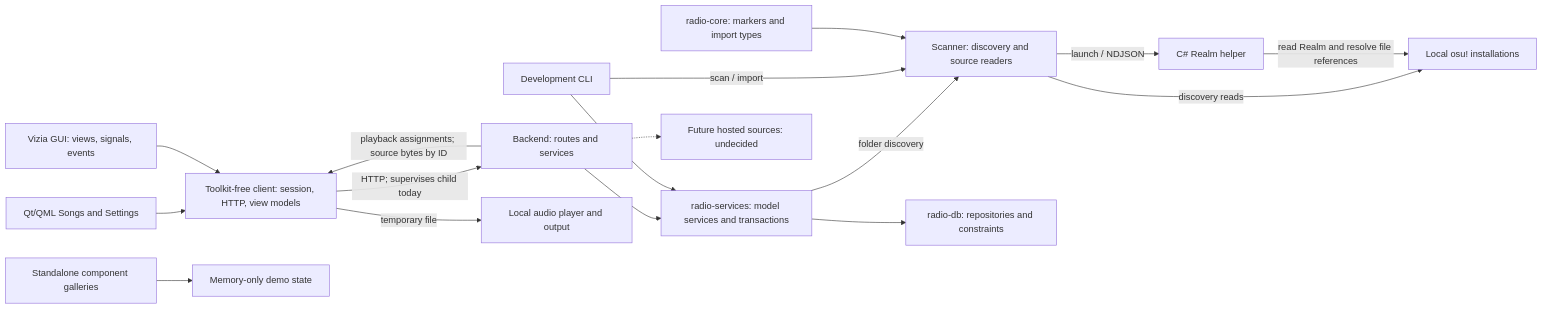
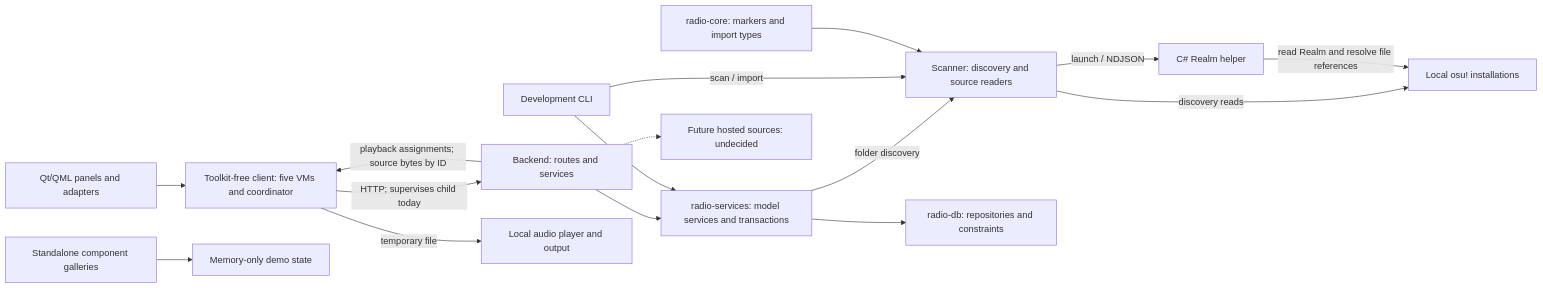
One commit to Jayko321/osu-radio changed the diagram in docs/agent/index.md. Above: the diagram before and after it, drawn with Mermaid. The commit also changed other lines of this file and 136 other files, not shown here.

````diff
--- a/docs/agent/index.md
+++ b/docs/agent/index.md
@@ -47,19 +46,18 @@
 ```mermaid
 flowchart LR
-    Qt["Qt/QML Songs and Settings"] --> Client
+    Qt["Qt/QML panels and adapters"] --> Client["Toolkit-free client: five VMs and coordinator"]
     Gallery["Standalone component galleries"] --> Mock["Memory-only demo state"]
-    GUI["Vizia GUI: views, signals, events"] --> Client["Toolkit-free client: session, HTTP, view models"]
     Client -->|"HTTP; supervises child today"| Server["Backend: routes and services"]
     Server --> Services["radio-services: model services and transactions"]
     Services -->|"folder discovery"| Scanner["Scanner: discovery and source readers"]
     Services --> DB["radio-db: repositories and constraints"]
     CLI --> Services
     CLI["Development CLI"] -->|"scan / import"| Scanner
     Scanner -->|"discovery reads"| Local["Local osu! installations"]
     Scanner -->|"launch / NDJSON"| Helper["C# Realm helper"]
     Helper -->|"read Realm and resolve file references"| Local
     Core["radio-core: markers and import types"] --> Scanner
     Server -->|"playback assignments; source bytes by ID"| Client
     Client -->|"temporary file"| Audio["Local audio player and output"]
     Server -.-> Hosted["Future hosted sources: undecided"]
 ```
````
